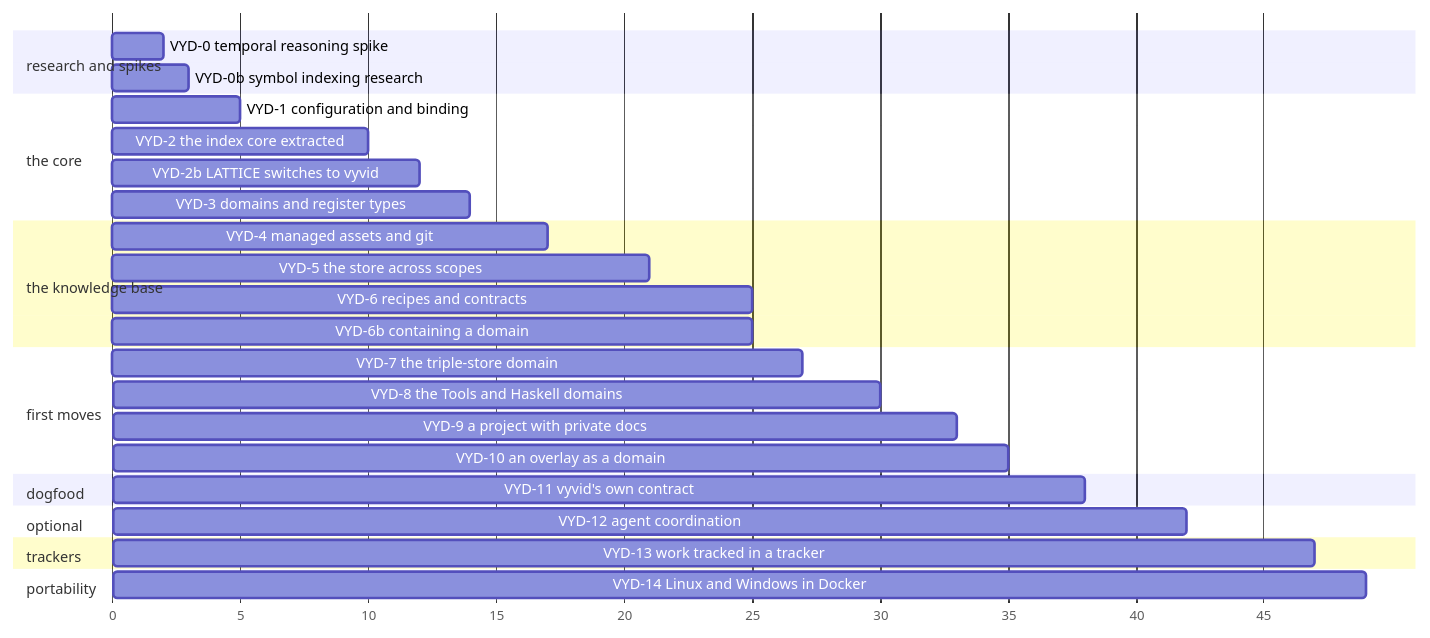
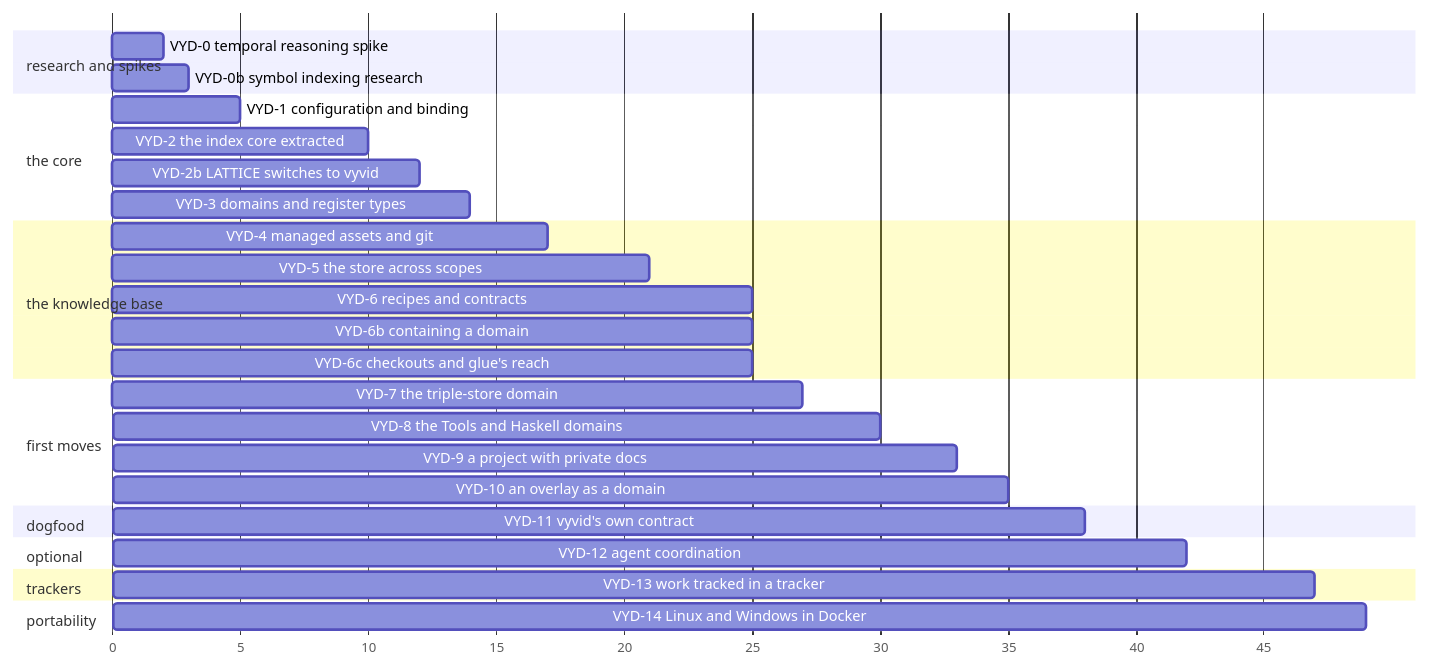
Before and after one commit to nebularis/vyvid: the diagram in docs/developer/plans/vyvid-framework.md, drawn with Mermaid. The commit also changed other lines of this file and 2 other files, not shown here.

Commit message:
Mark VYD-6c building

````diff
--- a/docs/developer/plans/vyvid-framework.md
+++ b/docs/developer/plans/vyvid-framework.md
@@ -17,31 +17,32 @@
 ```mermaid
 gantt
   dateFormat X
   axisFormat %s
   section research and spikes
   VYD-0 temporal reasoning spike      :s0, 0, 2
   VYD-0b symbol indexing research     :s0b, 0, 3
   section the core
   VYD-1 configuration and binding     :s1, 2, 5
   VYD-2 the index core extracted      :s2, 5, 10
   VYD-2b LATTICE switches to vyvid    :s2b, 10, 12
   VYD-3 domains and register types    :s3, 10, 14
   section the knowledge base
   VYD-4 managed assets and git        :s4, 14, 17
   VYD-5 the store across scopes       :s5, 17, 21
   VYD-6 recipes and contracts         :s6, 21, 25
   VYD-6b containing a domain          :s6b, 25, 25
+  VYD-6c checkouts and glue's reach   :s6c, 25, 25
   section first moves
   VYD-7 the triple-store domain       :s7, 25, 27
   VYD-8 the Tools and Haskell domains :s8, 27, 30
   VYD-9 a project with private docs   :s9, 30, 33
   VYD-10 an overlay as a domain      :s10, 33, 35
   section dogfood
   VYD-11 vyvid's own contract         :s11, 35, 38
   section optional
   VYD-12 agent coordination           :s12, 38, 42
   section trackers
   VYD-13 work tracked in a tracker    :s13, 42, 47
   section portability
   VYD-14 Linux and Windows in Docker  :s14, 47, 49
 ```
````
